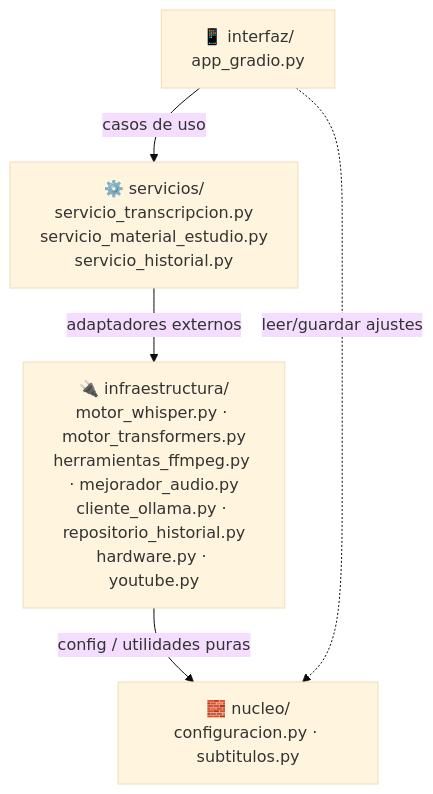
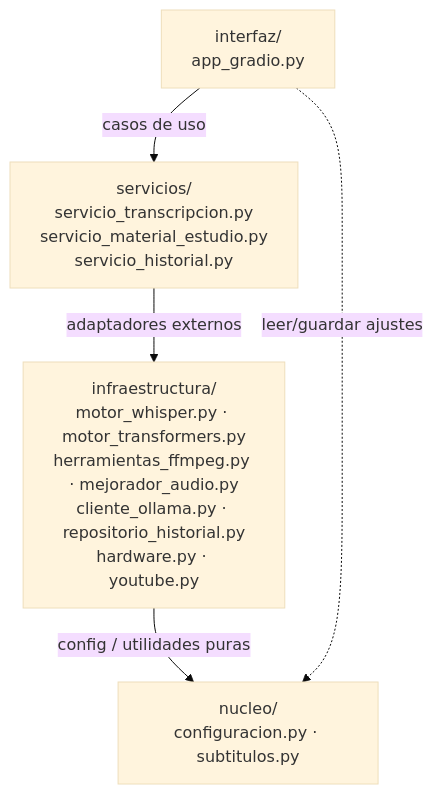
The second of 3 diagrams in README.md (Tamborconpatas/ClaseAIdia), drawn with Mermaid (base theme) before and after one commit. The commit also changed other lines of this file and 7 other files, not shown here.

````diff
--- a/README.md
+++ b/README.md
@@ -110,12 +115,12 @@
 ```mermaid
 flowchart TD
-    UI["📱 interfaz/<br/>app_gradio.py"]
-    SVC["⚙️ servicios/<br/>servicio_transcripcion.py<br/>servicio_material_estudio.py<br/>servicio_historial.py"]
-    INFRA["🔌 infraestructura/<br/>motor_whisper.py · motor_transformers.py<br/>herramientas_ffmpeg.py · mejorador_audio.py<br/>cliente_ollama.py · repositorio_historial.py<br/>hardware.py · youtube.py"]
-    CORE["🧱 nucleo/<br/>configuracion.py · subtitulos.py"]
+    UI["interfaz/<br/>app_gradio.py"]
+    SVC["servicios/<br/>servicio_transcripcion.py<br/>servicio_material_estudio.py<br/>servicio_historial.py"]
+    INFRA["infraestructura/<br/>motor_whisper.py · motor_transformers.py<br/>herramientas_ffmpeg.py · mejorador_audio.py<br/>cliente_ollama.py · repositorio_historial.py<br/>hardware.py · youtube.py"]
+    CORE["nucleo/<br/>configuracion.py · subtitulos.py"]
 
     UI -->|"casos de uso"| SVC
     SVC -->|"adaptadores externos"| INFRA
     INFRA -->|"config / utilidades puras"| CORE
     UI -.->|"leer/guardar ajustes"| CORE
 ```
````
